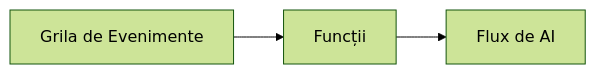
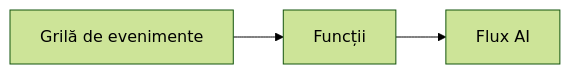
The second of 2 diagrams in translations/ro/docs/chapter-08-production/README.md (microsoft/AZD-for-beginners), drawn with Mermaid (forest theme) before and after one commit. The commit also changed other lines of this file and 101 other files, not shown here.

````diff
--- a/translations/ro/docs/chapter-08-production/README.md
+++ b/translations/ro/docs/chapter-08-production/README.md
@@ -54,4 +56,4 @@
 ```mermaid
 graph LR
-    EventGrid[Grila de Evenimente] --> Functions[Funcții] --> Pipeline[Flux de AI]
+    EventGrid[Grilă de evenimente] --> Functions[Funcții] --> Pipeline[Flux AI]
 ```
````
